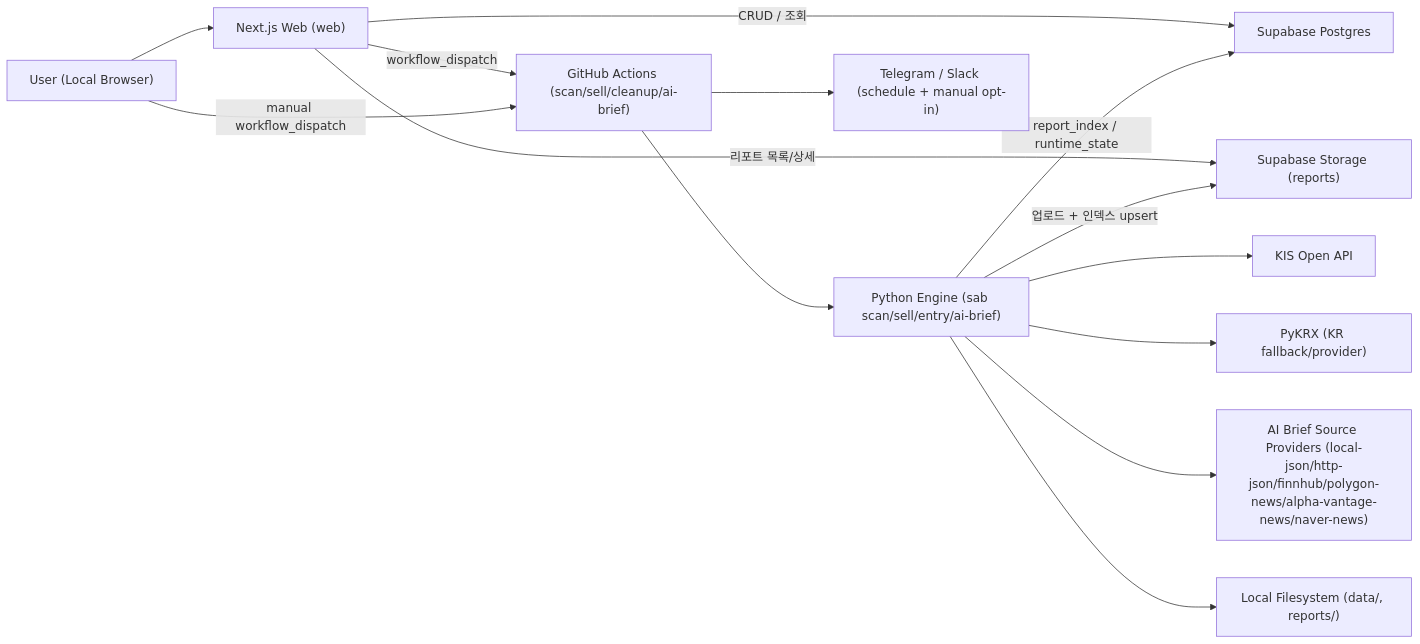
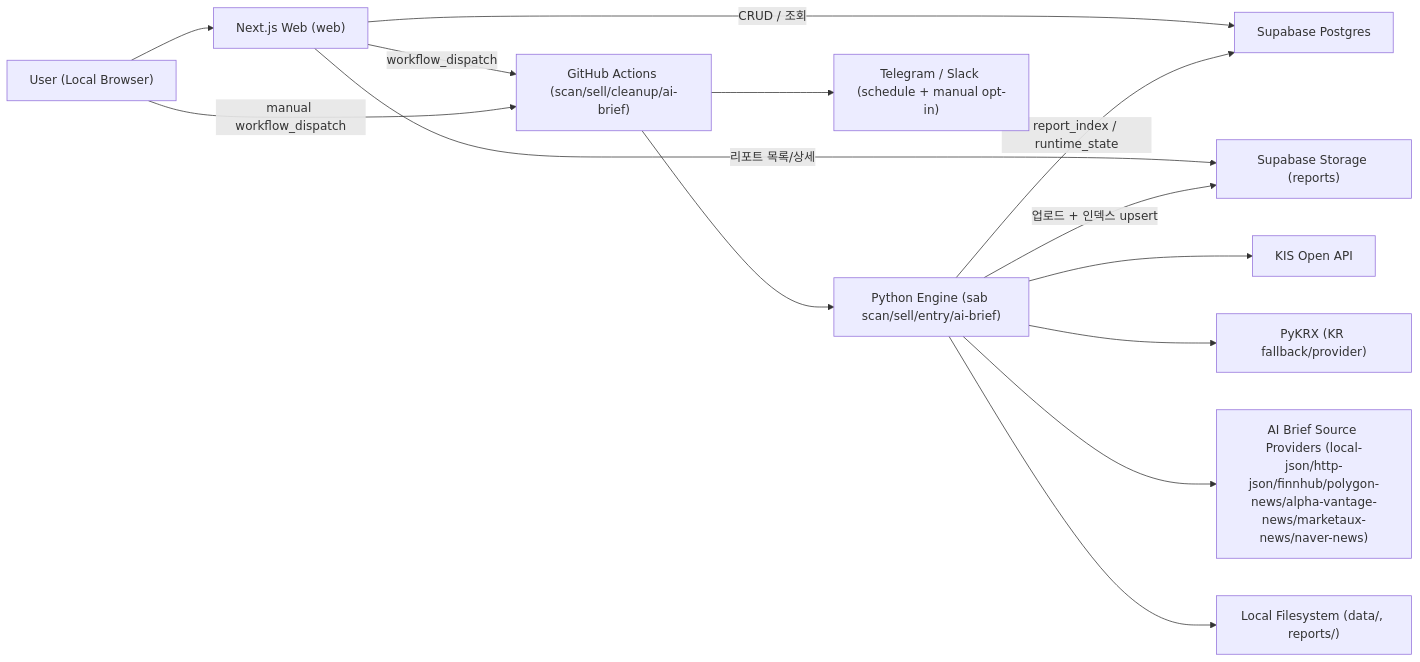
Before and after one commit to mochafreddo/swing-trading-report: the diagram in docs/ARCHITECTURE.md, drawn with Mermaid. The commit also changed other lines of this file and 14 other files, not shown here.

First line of the commit message:
feat(ai-brief): Marketaux 뉴스 소스 provider 추가

````diff
--- a/docs/ARCHITECTURE.md
+++ b/docs/ARCHITECTURE.md
@@ -35,18 +35,18 @@
 ```mermaid
 flowchart LR
   U["User (Local Browser)"] --> W["Next.js Web (web)"]
   W -->|CRUD / 조회| SDB["Supabase Postgres"]
   W -->|리포트 목록/상세| SST["Supabase Storage (reports)"]
   W -->|workflow_dispatch| GHA["GitHub Actions (scan/sell/cleanup/ai-brief)"]
   U -->|manual workflow_dispatch| GHA
 
   GHA --> P["Python Engine (sab scan/sell/entry/ai-brief)"]
   P --> KIS["KIS Open API"]
   P --> PY["PyKRX (KR fallback/provider)"]
-  P --> SRC["AI Brief Source Providers (local-json/http-json/finnhub/polygon-news/alpha-vantage-news/naver-news)"]
+  P --> SRC["AI Brief Source Providers (local-json/http-json/finnhub/polygon-news/alpha-vantage-news/marketaux-news/naver-news)"]
   P --> LF["Local Filesystem (data/, reports/)"]
   P -->|업로드 + 인덱스 upsert| SST
   P -->|report_index / runtime_state| SDB
 
   GHA --> TG["Telegram / Slack (schedule + manual opt-in)"]
 ```
````
